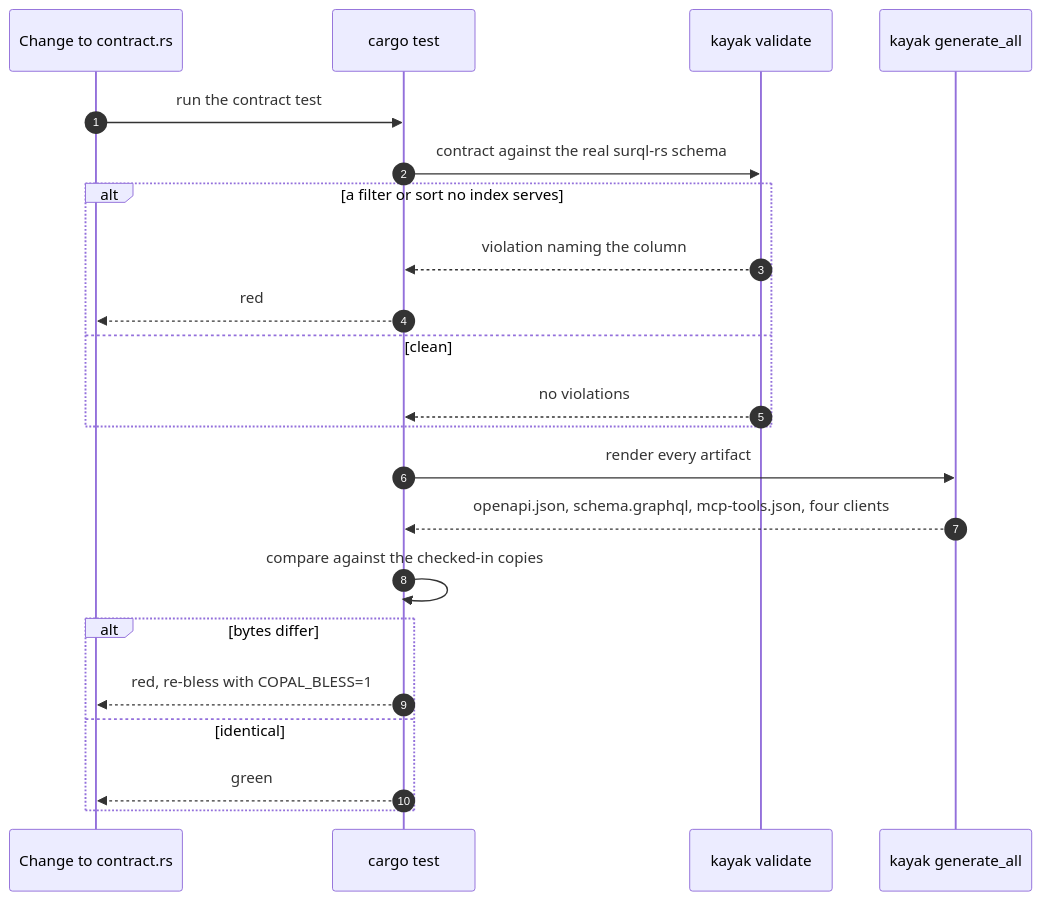
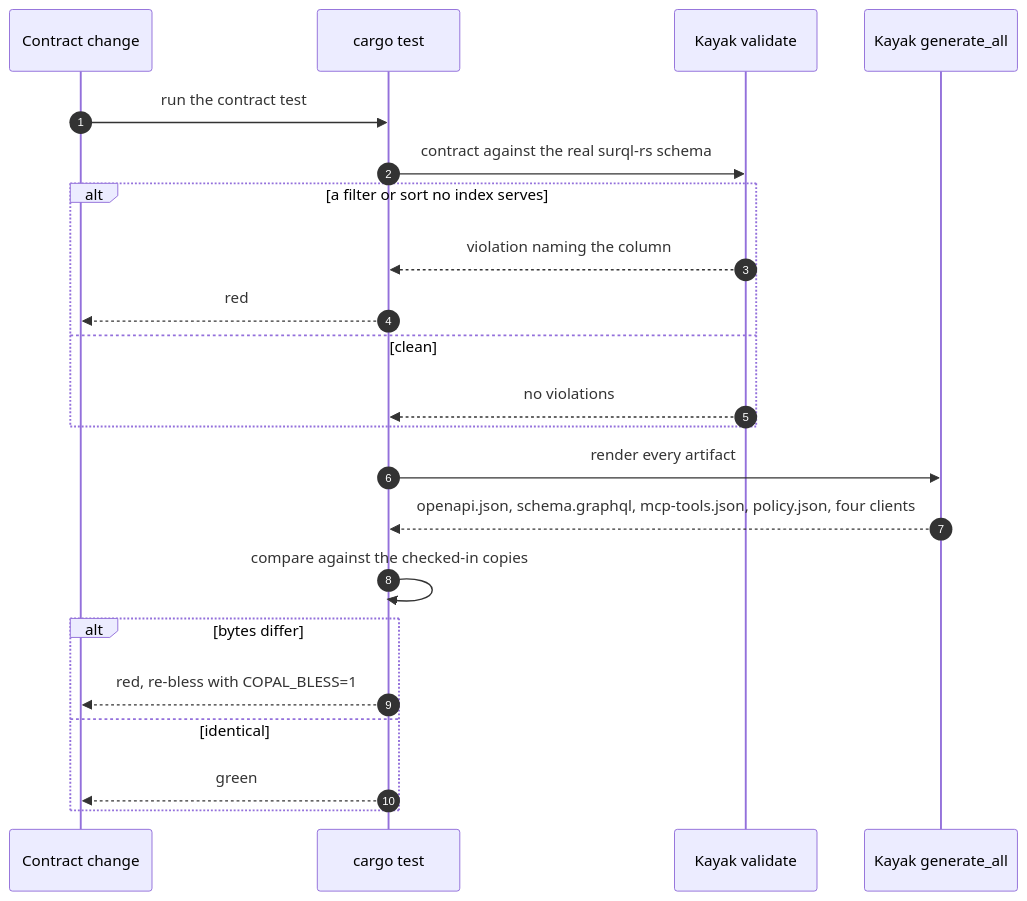
The seventh of 7 diagrams in docs/sequences.md (Oneiriq/copal), drawn with Mermaid before and after one commit. The commit also changed other lines of this file and 33 other files, not shown here.

````diff
--- a/docs/sequences.md
+++ b/docs/sequences.md
@@ -217,25 +225,25 @@
 ```mermaid
 sequenceDiagram
     autonumber
-    participant Dev as Change to contract.rs
+    participant Dev as Contract change
     participant T as cargo test
-    participant JV as kayak validate
-    participant JG as kayak generate_all
+    participant JV as Kayak validate
+    participant JG as Kayak generate_all
 
     Dev->>T: run the contract test
     T->>JV: contract against the real surql-rs schema
     alt a filter or sort no index serves
         JV-->>T: violation naming the column
         T-->>Dev: red
     else clean
         JV-->>T: no violations
     end
     T->>JG: render every artifact
-    JG-->>T: openapi.json, schema.graphql, mcp-tools.json, four clients
+    JG-->>T: openapi.json, schema.graphql, mcp-tools.json, policy.json, four clients
     T->>T: compare against the checked-in copies
     alt bytes differ
         T-->>Dev: red, re-bless with COPAL_BLESS=1
     else identical
         T-->>Dev: green
     end
 ```
````
